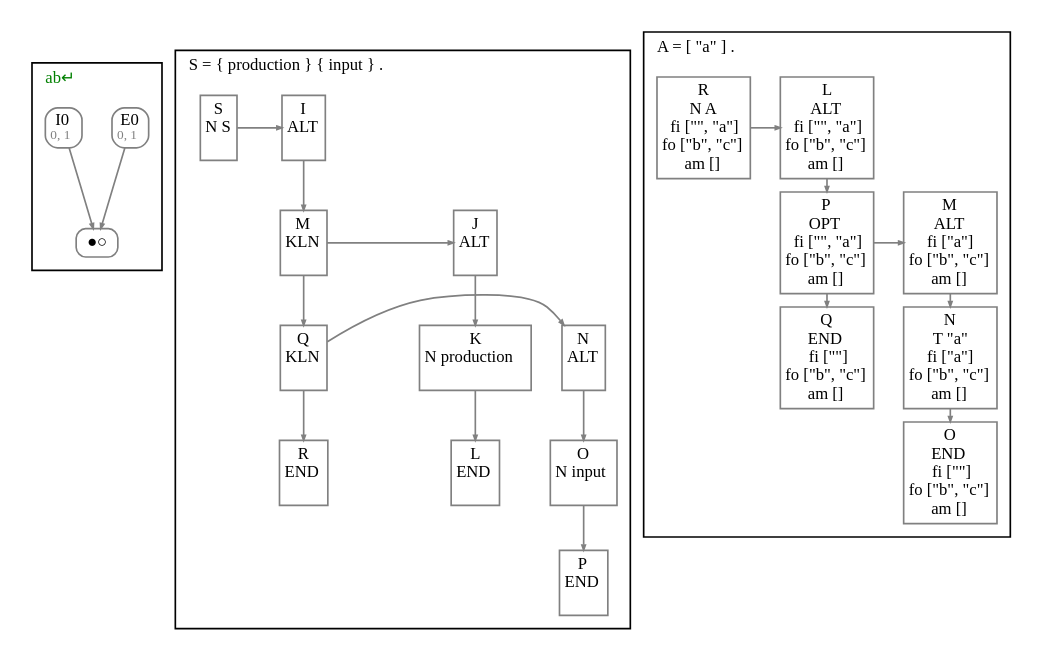
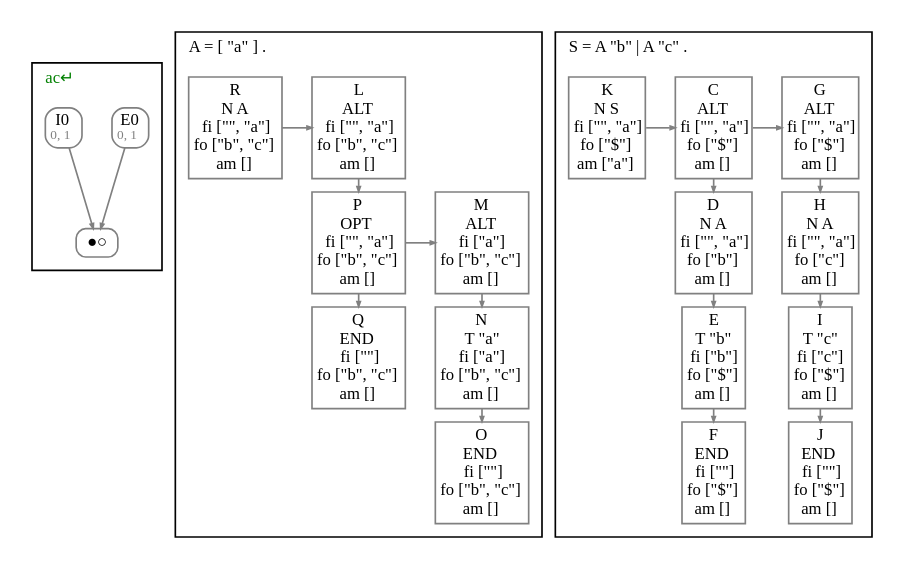
One commit to JanWillemBrands/AoC2021 changed the diagram in ART.gv. Above: the diagram before and after it, drawn with Graphviz. The commit also changed 6 other files, not shown here.

```diff
--- a/ART.gv
+++ b/ART.gv
@@ -1,85 +1,78 @@
 digraph G {
   fontname = Menlo
   fontsize = 10
   node [fontname = Menlo, fontsize = 10, color = gray, height = 0, width = 0, margin= 0.04]
   edge [fontname = Menlo, fontsize = 10, color = gray, arrowsize = 0.3]
   graph [ranksep = 0.1]
   rankdir = "TB"
   subgraph GSS {
     cluster = true
-    label = <ab↵> fontcolor = green
+    label = <ac↵> fontcolor = green
     labeljust = l
     node [shape = box, style = rounded, height = 0]
     E0 [label = <E0<br/><font color="gray" point-size="8.0"> 0, 1</font>>]
     E0 -> ●○
     I0 [label = <I0<br/><font color="gray" point-size="8.0"> 0, 1</font>>]
     I0 -> ●○
-  }
-  subgraph clusterS {
-    node [shape = box]
-    label = <S = { production } { input } .>
-    labeljust = l
-    SR0C0 [label = <S<br/>N S<br/> >]
-    SR0C1 [label = <I<br/>ALT <br/> >]
-    SR1C1 [label = <M<br/>KLN <br/> >]
-    SR2C1 [label = <Q<br/>KLN <br/> >]
-    SR3C1 [label = <R<br/>END <br/> >]
-    SR2C1 -> SR3C1 [weight=100000000]
-    SR2C2 [label = <N<br/>ALT <br/> >]
-    SR3C2 [label = <O<br/>N input<br/> >]
-    SR4C2 [label = <P<br/>END <br/> >]
-    SR3C2 -> SR4C2 [weight=100000000]
-    SR2C2 -> SR3C2 [weight=100000000]
-    rank = same {SR2C1 -> SR2C2}
-    SR1C1 -> SR2C1 [weight=100000000]
-    SR1C3 [label = <J<br/>ALT <br/> >]
-    SR2C3 [label = <K<br/>N production<br/> >]
-    SR3C3 [label = <L<br/>END <br/> >]
-    SR2C3 -> SR3C3 [weight=100000000]
-    SR1C3 -> SR2C3 [weight=100000000]
-    rank = same {SR1C1 -> SR1C3}
-    SR0C1 -> SR1C1 [weight=100000000]
-    rank = same {SR0C0 -> SR0C1}
-    node [style = invis]
-    edge [style = invis]
-    rank = same {SR0C1 -> SR0C2}
-    rank = same {SR0C2 -> SR0C3}
-    SR0C0 -> SR1C0 [weight=100000000]
-    rank = same {SR1C0 -> SR1C1}
-    SR0C3 -> SR1C3 [weight=100000000]
-    SR1C0 -> SR2C0 [weight=100000000]
-    rank = same {SR2C0 -> SR2C1}
-    SR2C0 -> SR3C0 [weight=100000000]
-    rank = same {SR3C0 -> SR3C1}
   }
   subgraph clusterA {
     node [shape = box]
     label = <A = [ "a" ] .>
     labeljust = l
     AR0C0 [label = <R<br/>N A<br/>fi ["", "a"]<br/>fo ["b", "c"]<br/>am []>]
     AR0C1 [label = <L<br/>ALT <br/>fi ["", "a"]<br/>fo ["b", "c"]<br/>am []>]
     AR1C1 [label = <P<br/>OPT <br/>fi ["", "a"]<br/>fo ["b", "c"]<br/>am []>]
     AR2C1 [label = <Q<br/>END <br/>fi [""]<br/>fo ["b", "c"]<br/>am []>]
     AR1C1 -> AR2C1 [weight=100000000]
     AR1C2 [label = <M<br/>ALT <br/>fi ["a"]<br/>fo ["b", "c"]<br/>am []>]
     AR2C2 [label = <N<br/>T "a"<br/>fi ["a"]<br/>fo ["b", "c"]<br/>am []>]
     AR3C2 [label = <O<br/>END <br/>fi [""]<br/>fo ["b", "c"]<br/>am []>]
     AR2C2 -> AR3C2 [weight=100000000]
     AR1C2 -> AR2C2 [weight=100000000]
     rank = same {AR1C1 -> AR1C2}
     AR0C1 -> AR1C1 [weight=100000000]
     rank = same {AR0C0 -> AR0C1}
     node [style = invis]
     edge [style = invis]
     rank = same {AR0C1 -> AR0C2}
     AR0C0 -> AR1C0 [weight=100000000]
     rank = same {AR1C0 -> AR1C1}
     AR0C2 -> AR1C2 [weight=100000000]
     AR1C0 -> AR2C0 [weight=100000000]
     rank = same {AR2C0 -> AR2C1}
     AR2C0 -> AR3C0 [weight=100000000]
     AR2C1 -> AR3C1 [weight=100000000]
     rank = same {AR3C0 -> AR3C1}
     rank = same {AR3C1 -> AR3C2}
   }
+  subgraph clusterS {
+    node [shape = box]
+    label = <S = A "b" | A "c" .>
+    labeljust = l
+    SR0C0 [label = <K<br/>N S<br/>fi ["", "a"]<br/>fo ["$"]<br/>am ["a"]>]
+    SR0C1 [label = <C<br/>ALT <br/>fi ["", "a"]<br/>fo ["$"]<br/>am []>]
+    SR1C1 [label = <D<br/>N A<br/>fi ["", "a"]<br/>fo ["b"]<br/>am []>]
+    SR2C1 [label = <E<br/>T "b"<br/>fi ["b"]<br/>fo ["$"]<br/>am []>]
+    SR3C1 [label = <F<br/>END <br/>fi [""]<br/>fo ["$"]<br/>am []>]
+    SR2C1 -> SR3C1 [weight=100000000]
+    SR1C1 -> SR2C1 [weight=100000000]
+    SR0C1 -> SR1C1 [weight=100000000]
+    SR0C2 [label = <G<br/>ALT <br/>fi ["", "a"]<br/>fo ["$"]<br/>am []>]
+    SR1C2 [label = <H<br/>N A<br/>fi ["", "a"]<br/>fo ["c"]<br/>am []>]
+    SR2C2 [label = <I<br/>T "c"<br/>fi ["c"]<br/>fo ["$"]<br/>am []>]
+    SR3C2 [label = <J<br/>END <br/>fi [""]<br/>fo ["$"]<br/>am []>]
+    SR2C2 -> SR3C2 [weight=100000000]
+    SR1C2 -> SR2C2 [weight=100000000]
+    SR0C2 -> SR1C2 [weight=100000000]
+    rank = same {SR0C1 -> SR0C2}
+    rank = same {SR0C0 -> SR0C1}
+    node [style = invis]
+    edge [style = invis]
+    SR0C0 -> SR1C0 [weight=100000000]
+    rank = same {SR1C0 -> SR1C1}
+    SR1C0 -> SR2C0 [weight=100000000]
+    rank = same {SR2C0 -> SR2C1}
+    SR2C0 -> SR3C0 [weight=100000000]
+    rank = same {SR3C0 -> SR3C1}
+  }
 }
```
